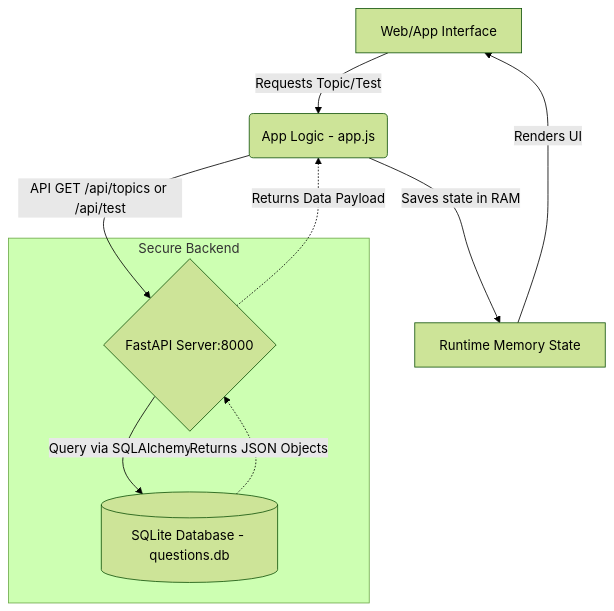
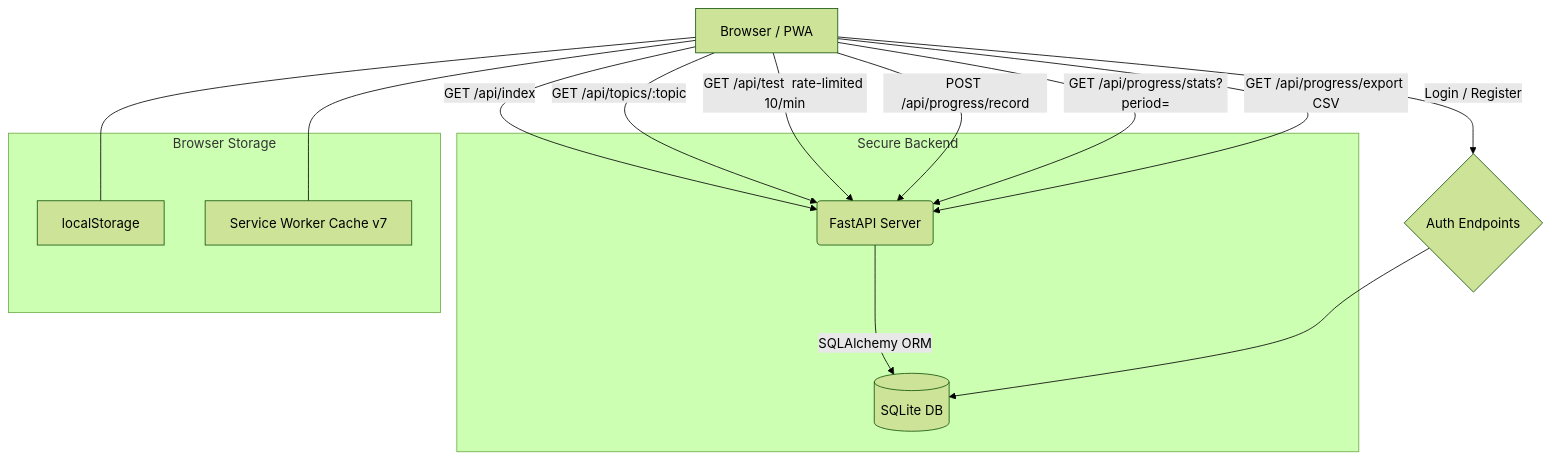
Before and after one commit to gauravaruag001/python_projects: the diagram in linuk-tester/ARCHITECTURE.md, drawn with Mermaid (forest theme). The commit also changed other lines of this file and 14 other files, not shown here.

````diff
--- a/linuk-tester/ARCHITECTURE.md
+++ b/linuk-tester/ARCHITECTURE.md
@@ -30,16 +110,26 @@
 ```mermaid
 graph TD
-    A[Web/App Interface] -->|Requests Topic/Test| B(App Logic - app.js)
-    B -->|API GET /api/topics or /api/test| C{FastAPI Server:8000}
-    C -->|Query via SQLAlchemy| D[(SQLite Database - questions.db)]
-    D -.->|Returns JSON Objects| C
-    C -.->|Returns Data Payload| B
-    B -->|Saves state in RAM| E[Runtime Memory State]
-    E -->|Renders UI| A
-    
+    A[Browser / PWA] -->|Login / Register| Auth{Auth Endpoints}
+    A -->|GET /api/index| B(FastAPI Server)
+    A -->|GET /api/topics/:topic| B
+    A -->|GET /api/test  rate-limited 10/min| B
+    A -->|POST /api/progress/record| B
+    A -->|GET /api/progress/stats?period=| B
+    A -->|GET /api/progress/export CSV| B
+
+    B -->|SQLAlchemy ORM| D[(SQLite DB)]
+    Auth --> D
+
     subgraph Secure Backend
-        C
+        B
         D
-        %% Note: The full DB is safeguarded on the server.
     end
+
+    subgraph Browser Storage
+        LS[localStorage]
+        SW[Service Worker Cache v7]
+    end
+
+    A --- LS
+    A --- SW
 ```
````
